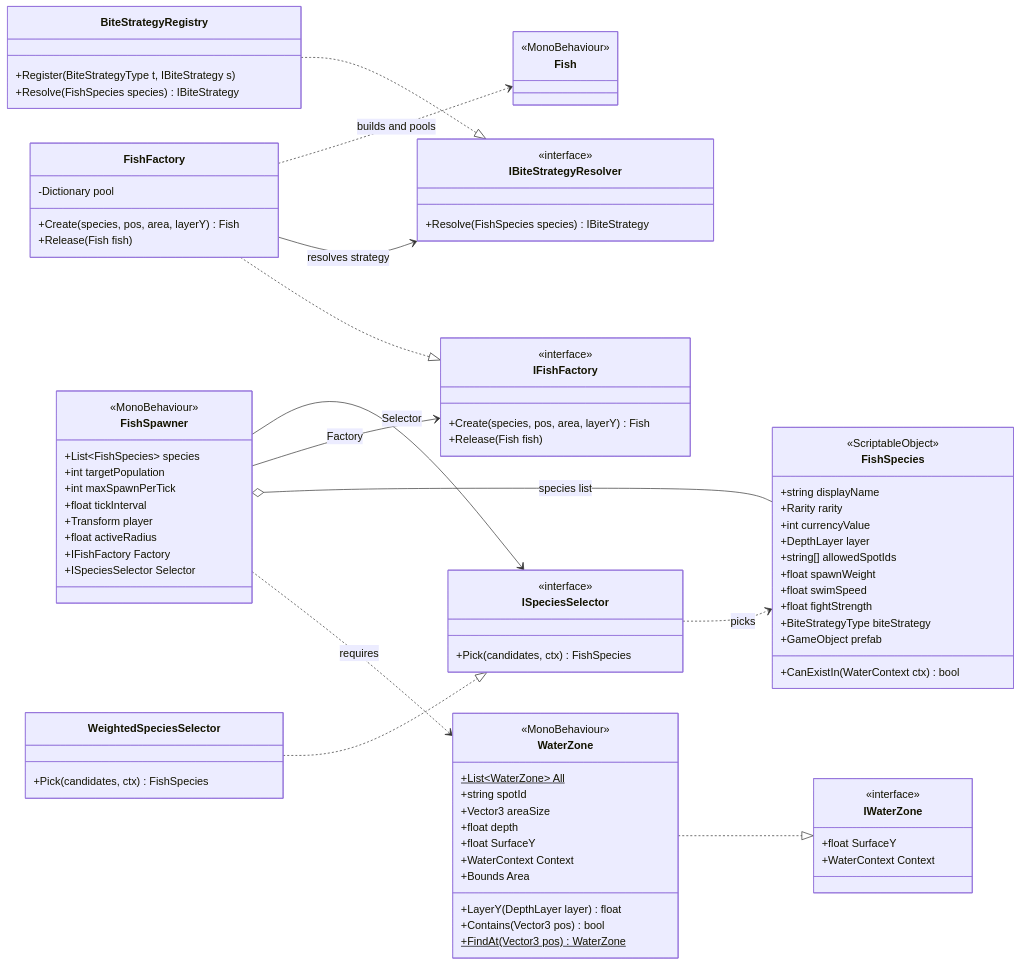
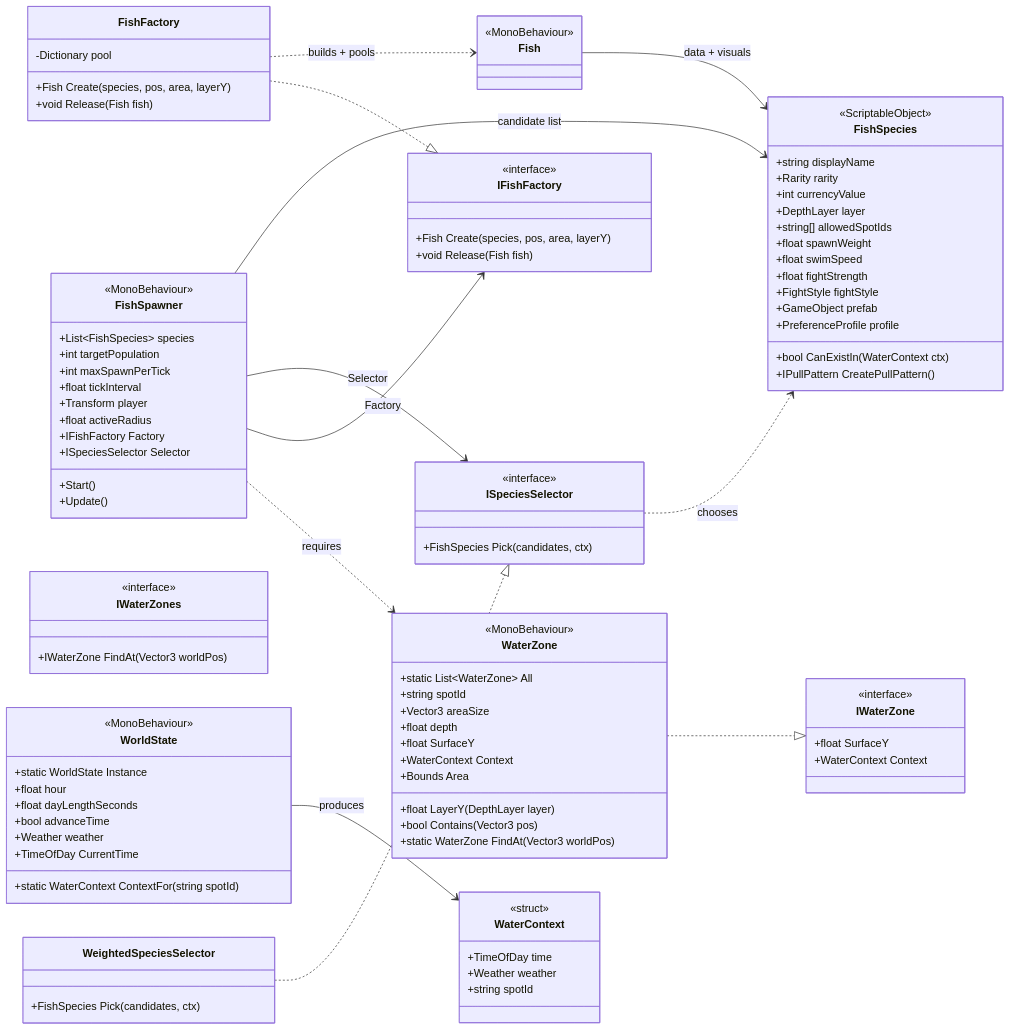
Before and after one commit to ZEENCL/tidebook: the fourth of 9 diagrams in DevNotes/UML-Diagram.md, drawn with Mermaid. The commit also changed other lines of this file and 3 other files, not shown here.

Commit message:
Added README, LICENSE, Updated UML Diagrams

````diff
--- a/DevNotes/UML-Diagram.md
+++ b/DevNotes/UML-Diagram.md
@@ -167,20 +340,38 @@
         +float activeRadius
         +IFishFactory Factory
         +ISpeciesSelector Selector
+        +Start()
+        +Update()
     }
 
     class WaterZone {
         <<MonoBehaviour>>
-        +List~WaterZone~ All$
+        +static List~WaterZone~ All
         +string spotId
         +Vector3 areaSize
         +float depth
         +float SurfaceY
         +WaterContext Context
         +Bounds Area
-        +LayerY(DepthLayer layer) float
-        +Contains(Vector3 pos) bool
-        +FindAt(Vector3 pos)$ WaterZone
+        +float LayerY(DepthLayer layer)
+        +bool Contains(Vector3 pos)
+        +static WaterZone FindAt(Vector3 worldPos)
+    }
+
+    class WorldState {
+        <<MonoBehaviour>>
+        +static WorldState Instance
+        +float hour
+        +float dayLengthSeconds
+        +bool advanceTime
+        +Weather weather
+        +TimeOfDay CurrentTime
+        +static WaterContext ContextFor(string spotId)
+    }
+
+    class IWaterZones {
+        <<interface>>
+        +IWaterZone FindAt(Vector3 worldPos)
     }
 
     class IWaterZone {
@@ -191,33 +382,23 @@
 
     class IFishFactory {
         <<interface>>
-        +Create(species, pos, area, layerY) Fish
-        +Release(Fish fish)
+        +Fish Create(species, pos, area, layerY)
+        +void Release(Fish fish)
     }
 
     class FishFactory {
         -Dictionary pool
-        +Create(species, pos, area, layerY) Fish
-        +Release(Fish fish)
-    }
-
-    class IBiteStrategyResolver {
-        <<interface>>
-        +Resolve(FishSpecies species) IBiteStrategy
-    }
-
-    class BiteStrategyRegistry {
-        +Register(BiteStrategyType t, IBiteStrategy s)
-        +Resolve(FishSpecies species) IBiteStrategy
+        +Fish Create(species, pos, area, layerY)
+        +void Release(Fish fish)
     }
 
     class ISpeciesSelector {
         <<interface>>
-        +Pick(candidates, ctx) FishSpecies
+        +FishSpecies Pick(candidates, ctx)
     }
 
     class WeightedSpeciesSelector {
-        +Pick(candidates, ctx) FishSpecies
+        +FishSpecies Pick(candidates, ctx)
     }
 
     class FishSpecies {
@@ -230,24 +411,31 @@
         +float spawnWeight
         +float swimSpeed
         +float fightStrength
-        +BiteStrategyType biteStrategy
+        +FightStyle fightStyle
         +GameObject prefab
-        +CanExistIn(WaterContext ctx) bool
+        +PreferenceProfile profile
+        +bool CanExistIn(WaterContext ctx)
+        +IPullPattern CreatePullPattern()
     }
 
-    class Fish {
-        <<MonoBehaviour>>
+    class WaterContext {
+        <<struct>>
+        +TimeOfDay time
+        +Weather weather
+        +string spotId
     }
+
+    class Fish { <<MonoBehaviour>> }
 
     FishSpawner ..> WaterZone : requires
     WaterZone ..|> IWaterZone
-    FishSpawner o-- FishSpecies : species list
+    WorldState --> WaterContext : produces
     FishSpawner --> IFishFactory : Factory
     FishSpawner --> ISpeciesSelector : Selector
+    FishSpawner --> FishSpecies : candidate list
     FishFactory ..|> IFishFactory
-    FishFactory --> IBiteStrategyResolver : resolves strategy
-    FishFactory ..> Fish : builds and pools
-    BiteStrategyRegistry ..|> IBiteStrategyResolver
+    FishFactory ..> Fish : builds + pools
     WeightedSpeciesSelector ..|> ISpeciesSelector
-    ISpeciesSelector ..> FishSpecies : picks
+    ISpeciesSelector ..> FishSpecies : chooses
+    Fish --> FishSpecies : data + visuals
 ```
````
